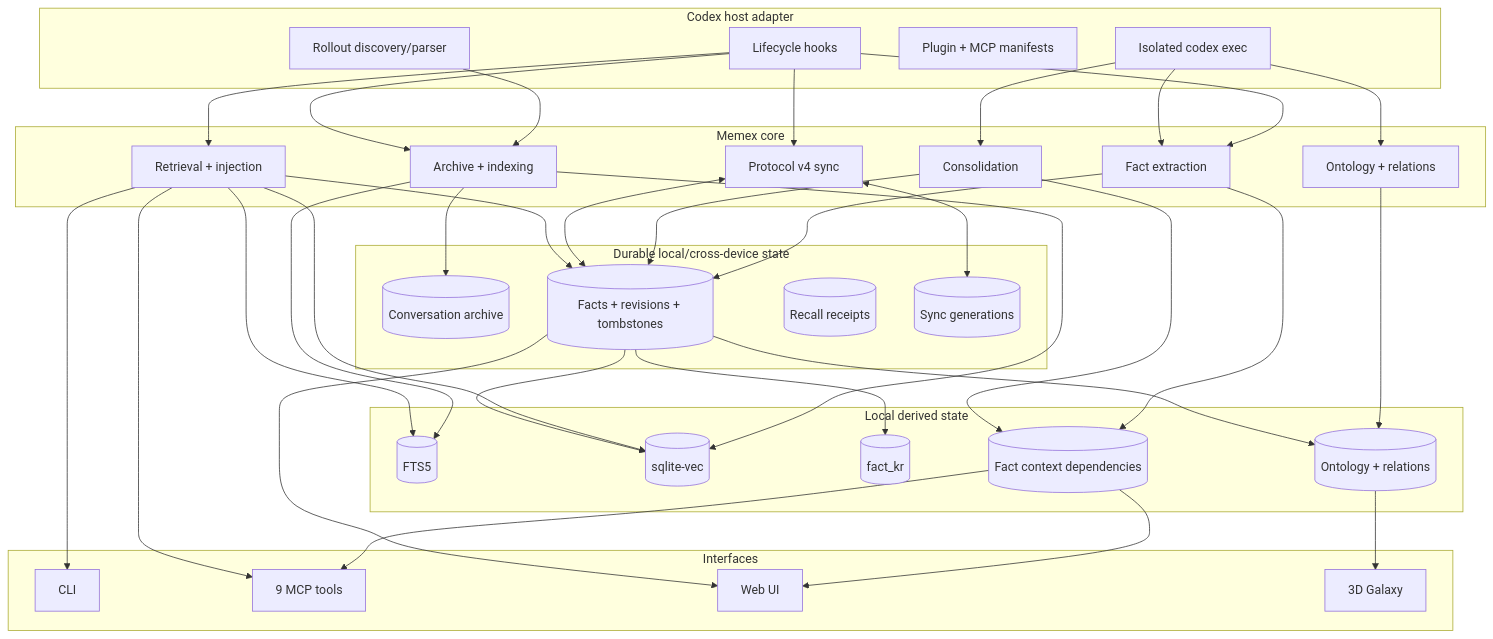
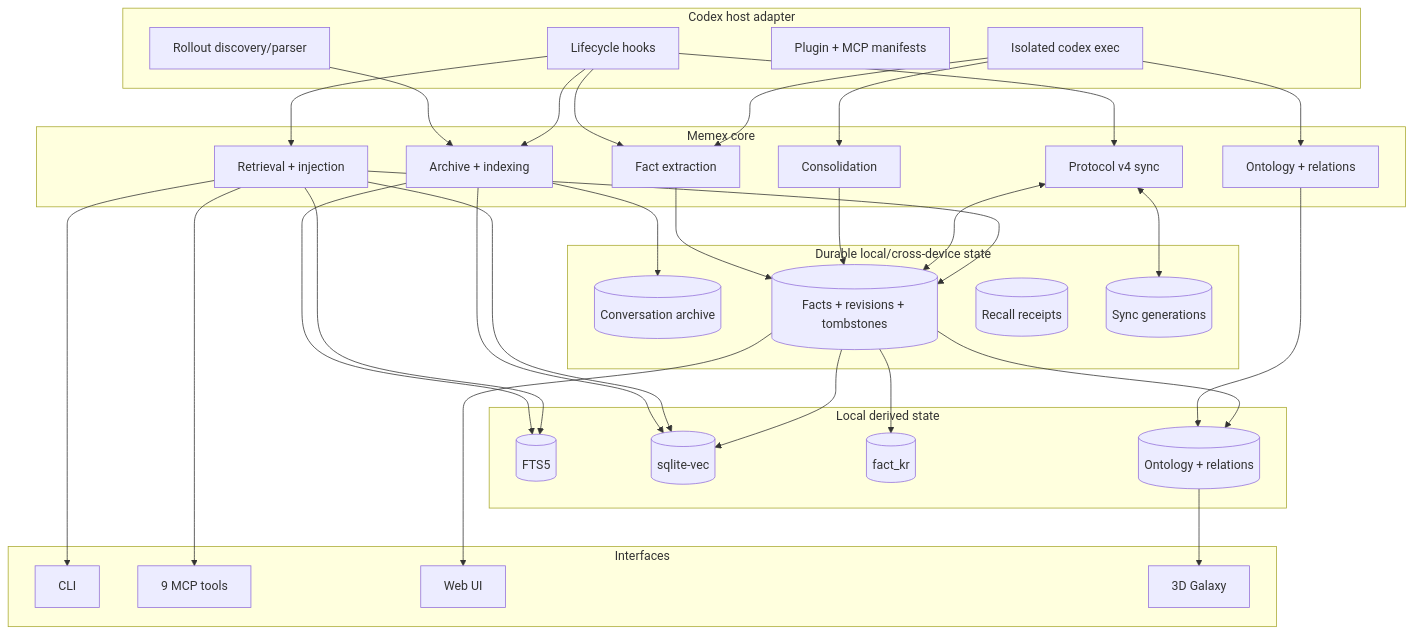
The first of 2 diagrams in docs/ARCHITECTURE.md (BongSuCHOI/memex), drawn with Mermaid before and after one commit. The commit also changed other lines of this file and 75 other files, not shown here.

````diff
--- a/docs/ARCHITECTURE.md
+++ b/docs/ARCHITECTURE.md
@@ -19,73 +19,68 @@
 ```mermaid
 flowchart TB
     subgraph Host[Codex host adapter]
       Rollout[Rollout discovery/parser]
       Hooks[Lifecycle hooks]
       Plugin[Plugin + MCP manifests]
       Exec[Isolated codex exec]
     end
 
     subgraph Core[Memex core]
       ArchiveIndex[Archive + indexing]
       Extract[Fact extraction]
       Consolidate[Consolidation]
       Sync[Protocol v4 sync]
       Retrieve[Retrieval + injection]
       Ontology[Ontology + relations]
     end
 
     subgraph Durable[Durable local/cross-device state]
       Archive[(Conversation archive)]
       Facts[(Facts + revisions + tombstones)]
       Recall[(Recall receipts)]
       Generations[(Sync generations)]
     end
 
     subgraph Derived[Local derived state]
       FTS[(FTS5)]
       Vec[(sqlite-vec)]
       KR[(fact_kr)]
       Tax[(Ontology + relations)]
-      Context[(Fact context dependencies)]
     end
 
     subgraph Interfaces[Interfaces]
       CLI[CLI]
       MCP[9 MCP tools]
       UI[Web UI]
       Galaxy[3D Galaxy]
     end
 
     Rollout --> ArchiveIndex
     Hooks --> ArchiveIndex
     Hooks --> Extract
     Hooks --> Sync
     Hooks --> Retrieve
     Exec --> Extract
     Exec --> Consolidate
     Exec --> Ontology
 
     ArchiveIndex --> Archive
     ArchiveIndex --> FTS
     ArchiveIndex --> Vec
     Extract --> Facts
-    Extract --> Context
     Consolidate --> Facts
-    Consolidate --> Context
     Sync <--> Generations
     Sync <--> Facts
     Retrieve --> Facts
     Retrieve --> FTS
     Retrieve --> Vec
     Ontology --> Tax
     Facts --> KR
     Facts --> Tax
     Facts --> Vec
-    Context --> UI
-    Context --> MCP
 
     Retrieve --> CLI
     Retrieve --> MCP
     Facts --> UI
     Tax --> Galaxy
 ```
````
